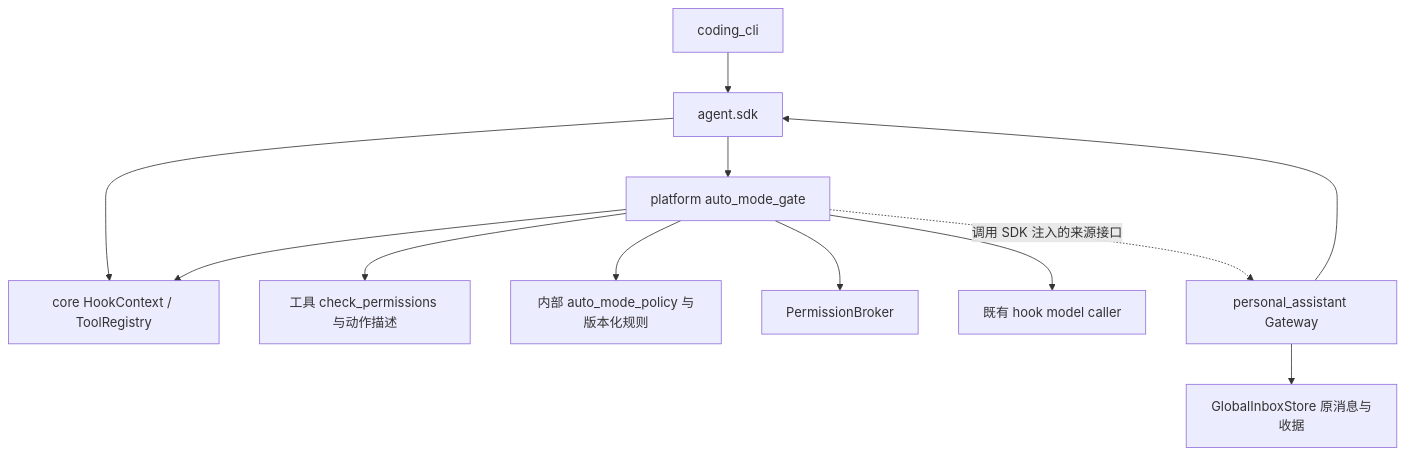
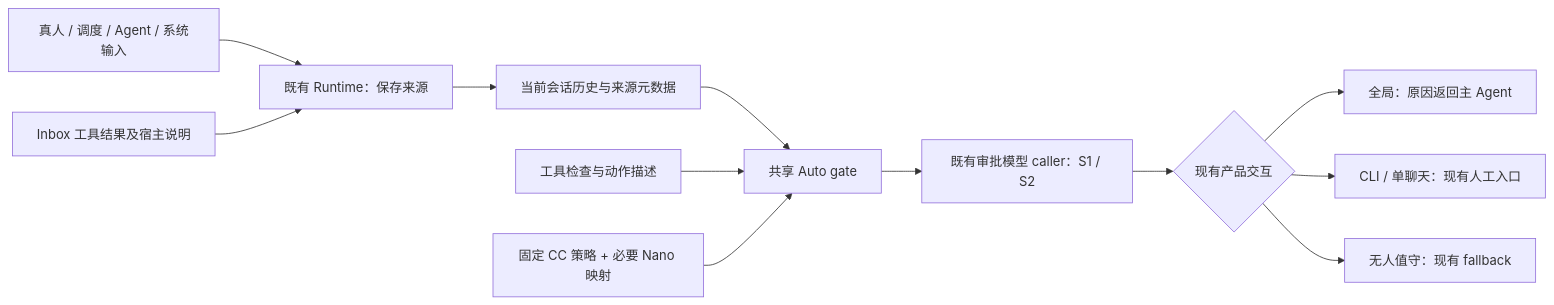
One commit to Mrchen116/nano-multiagent changed the first of 2 diagrams in docs/changes/feat-552-global-auto-approval/design.md. Above: the diagram before and after it, drawn with Mermaid. The commit also changed other lines of this file and 14 other files, not shown here.

Commit message:
docs(feat-552): finalize reviewed auto permission migration design

````diff
--- a/docs/changes/feat-552-global-auto-approval/design.md
+++ b/docs/changes/feat-552-global-auto-approval/design.md
@@ -14,14 +14,14 @@
 ```mermaid
-graph TD
-    CLI[coding_cli] --> SDK[agent.sdk]
-    PA[personal_assistant Gateway] --> SDK
-    PA --> Inbox[GlobalInboxStore 原消息与收据]
-    SDK --> Core[core HookContext / ToolRegistry]
-    SDK --> Gate[platform auto_mode_gate]
-    Gate --> Core
-    Gate --> Tool[工具 check_permissions 与动作描述]
-    Gate --> Policy[内部 auto_mode_policy 与版本化规则]
-    Gate --> Broker[PermissionBroker]
-    Gate --> LLM[既有 hook model caller]
-    Gate -.调用 SDK 注入的来源接口.-> PA
+flowchart LR
+    Input[真人 / 调度 / Agent / 系统输入] --> Runtime[既有 Runtime：保存来源]
+    Inbox[Inbox 工具结果及宿主说明] --> Runtime
+    Runtime --> History[当前会话历史与来源元数据]
+    History --> Gate[共享 Auto gate]
+    Tool[工具检查与动作描述] --> Gate
+    Policy[固定 CC 策略 + 必要 Nano 映射] --> Gate
+    Gate --> LLM[既有审批模型 caller：S1 / S2]
+    LLM --> Route{现有产品交互}
+    Route --> Global[全局：原因返回主 Agent]
+    Route --> Human[CLI / 单聊天：现有人工入口]
+    Route --> Unattended[无人值守：现有 fallback]
 ```
````
